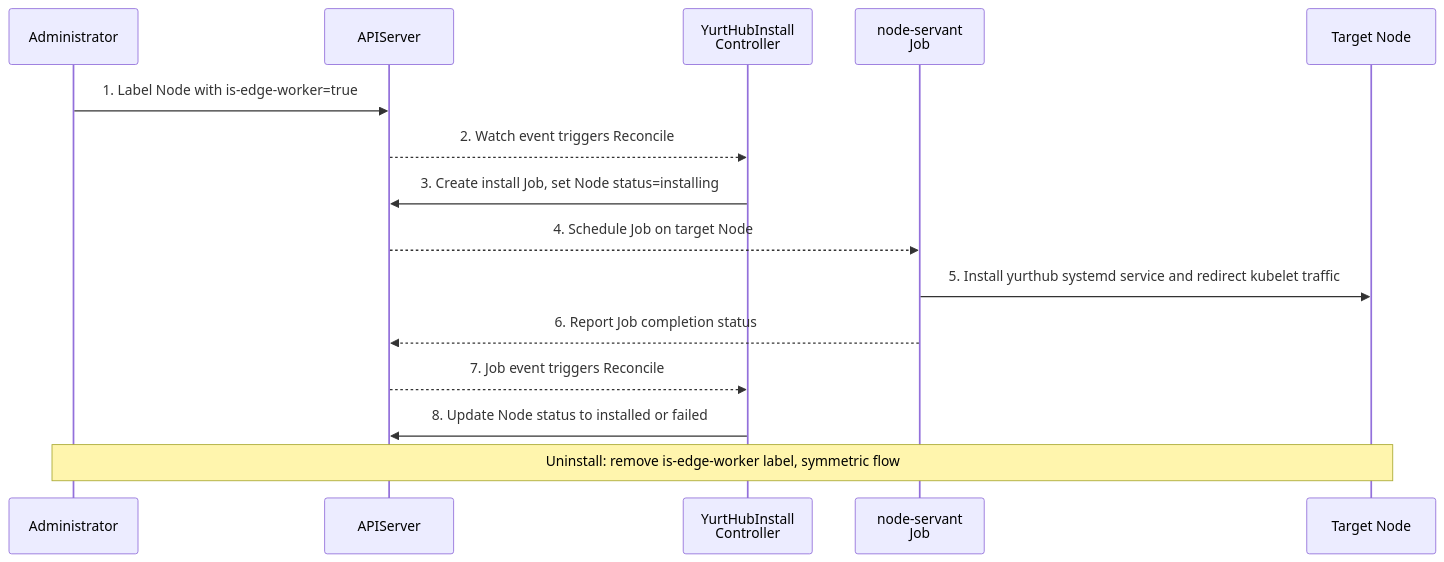
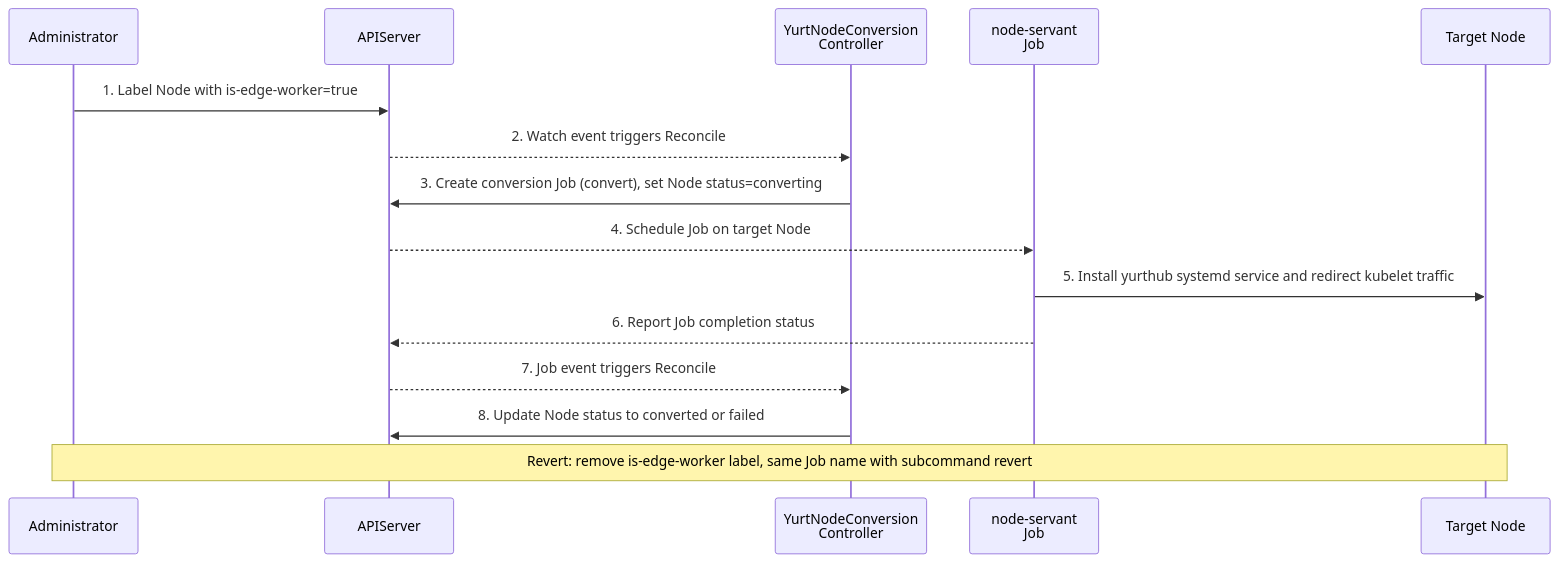
The diagram in docs/proposals/20260303-label-driven-yurthub.md (openyurtio/openyurt), drawn with Mermaid before and after one commit. The commit also changed other lines of this file, not shown here.

Commit message:
docs: update controller job flag names

````diff
--- a/docs/proposals/20260303-label-driven-yurthub.md
+++ b/docs/proposals/20260303-label-driven-yurthub.md
@@ -61,19 +61,19 @@
 ```mermaid
 sequenceDiagram
     participant Admin as Administrator
     participant API as APIServer
-    participant Ctrl as YurtHubInstall<br/>Controller
+    participant Ctrl as YurtNodeConversion<br/>Controller
     participant Job as node-servant<br/>Job
     participant Node as Target Node
 
     Admin->>API: 1. Label Node with is-edge-worker=true
     API-->>Ctrl: 2. Watch event triggers Reconcile
-    Ctrl->>API: 3. Create install Job, set Node status=installing
+    Ctrl->>API: 3. Create conversion Job (convert), set Node status=converting
     API-->>Job: 4. Schedule Job on target Node
     Job->>Node: 5. Install yurthub systemd service and redirect kubelet traffic
     Job-->>API: 6. Report Job completion status
     API-->>Ctrl: 7. Job event triggers Reconcile
-    Ctrl->>API: 8. Update Node status to installed or failed
+    Ctrl->>API: 8. Update Node status to converted or failed
 
-    Note over Admin,Node: Uninstall: remove is-edge-worker label, symmetric flow
+    Note over Admin,Node: Revert: remove is-edge-worker label, same Job name with subcommand revert
 ```
````
